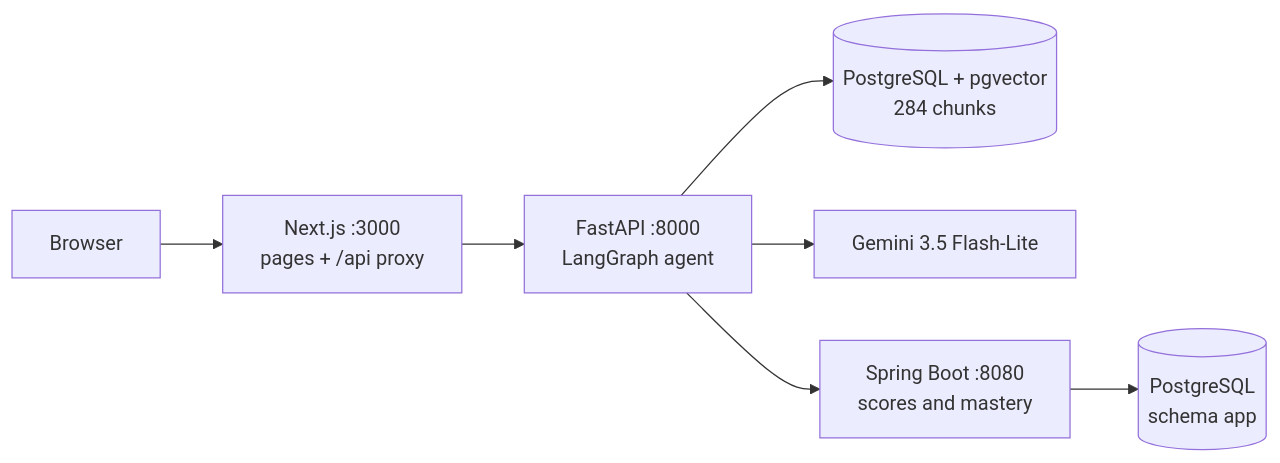
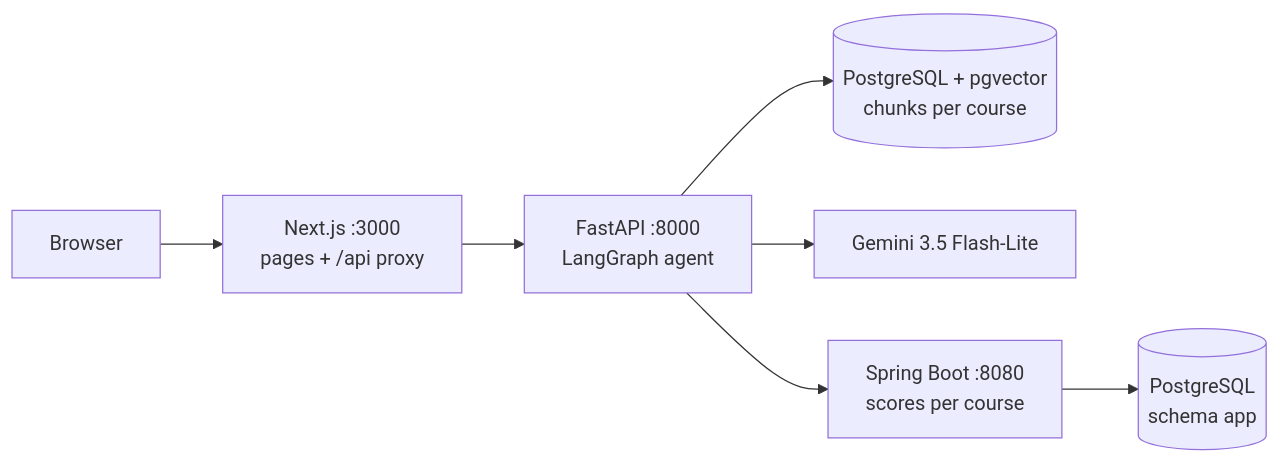
The diagram in README.md (badrlaaji/StudyMate), drawn with Mermaid before and after one commit. The commit also changed other lines of this file and 80 other files, not shown here.

````diff
--- a/README.md
+++ b/README.md
@@ -37,9 +59,9 @@
 ```mermaid
 flowchart LR
   B[Browser] --> N["Next.js :3000<br/>pages + /api proxy"]
   N --> F["FastAPI :8000<br/>LangGraph agent"]
-  F --> P[("PostgreSQL + pgvector<br/>284 chunks")]
+  F --> P[("PostgreSQL + pgvector<br/>chunks per course")]
   F --> G["Gemini 3.5 Flash-Lite"]
-  F --> S["Spring Boot :8080<br/>scores and mastery"]
+  F --> S["Spring Boot :8080<br/>scores per course"]
   S --> A[("PostgreSQL<br/>schema app")]
 ```
````
